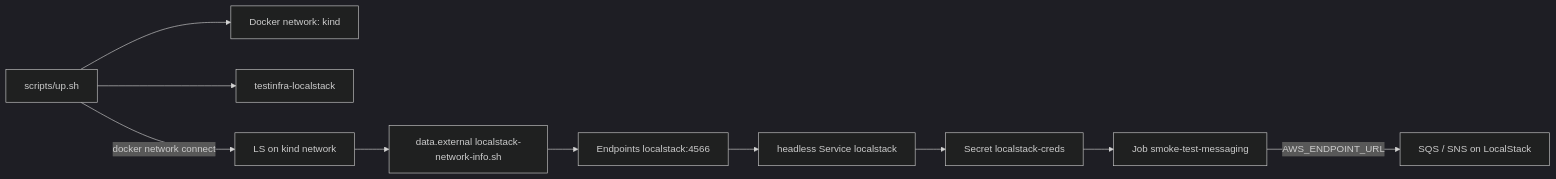
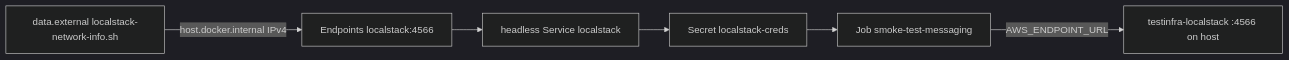
The third of 4 diagrams in docs/ARCHITECTURE.md (akmalsyrf/test-localstack-infra), drawn with Mermaid (dark theme) before and after one commit. The commit also changed other lines of this file and 5 other files, not shown here.

First line of the commit message:
refactor(ci): improve LocalStack integration with Kind

````diff
--- a/docs/ARCHITECTURE.md
+++ b/docs/ARCHITECTURE.md
@@ -153,12 +153,10 @@
 ```mermaid
 flowchart LR
-  up[scripts/up.sh] --> kindNet[Docker network: kind]
-  up --> ls[testinfra-localstack]
-  up -->|docker network connect| bridge[LS on kind network]
-  bridge --> discover[data.external localstack-network-info.sh]
-  discover --> ep[Endpoints localstack:4566]
+  ls[testinfra-localstack :4566 on host]
+  discover[data.external localstack-network-info.sh]
+  discover -->|host.docker.internal IPv4| ep[Endpoints localstack:4566]
   ep --> svc[headless Service localstack]
   svc --> secret[Secret localstack-creds]
   secret --> job[Job smoke-test-messaging]
-  job -->|AWS_ENDPOINT_URL| sqs[SQS / SNS on LocalStack]
+  job -->|AWS_ENDPOINT_URL| ls
 ```
````
